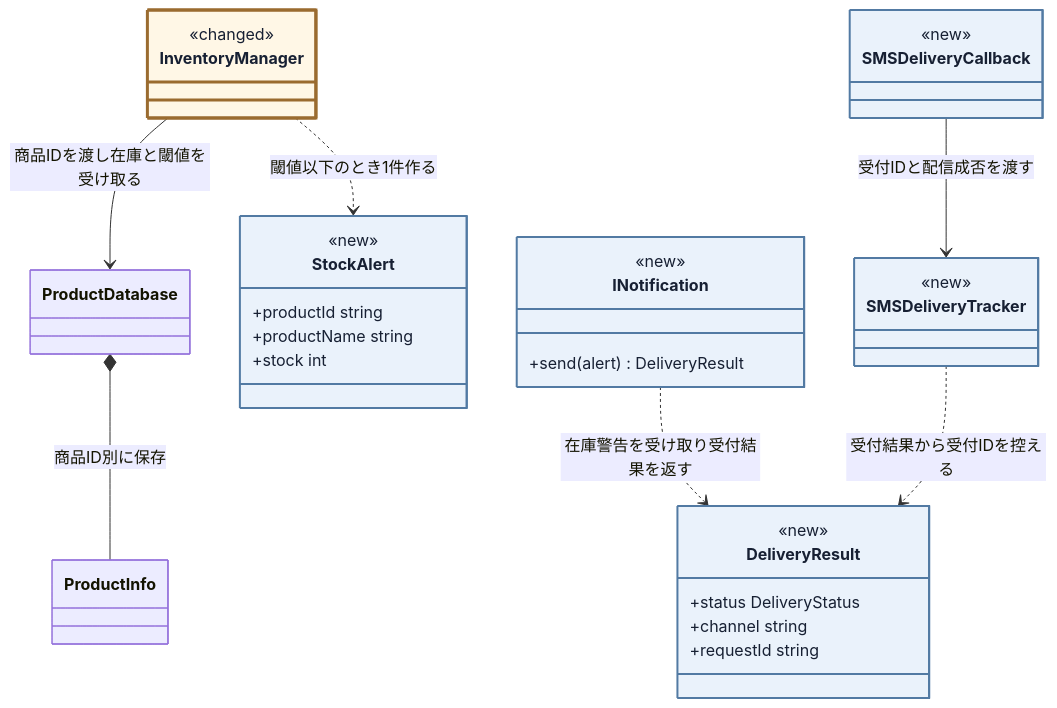
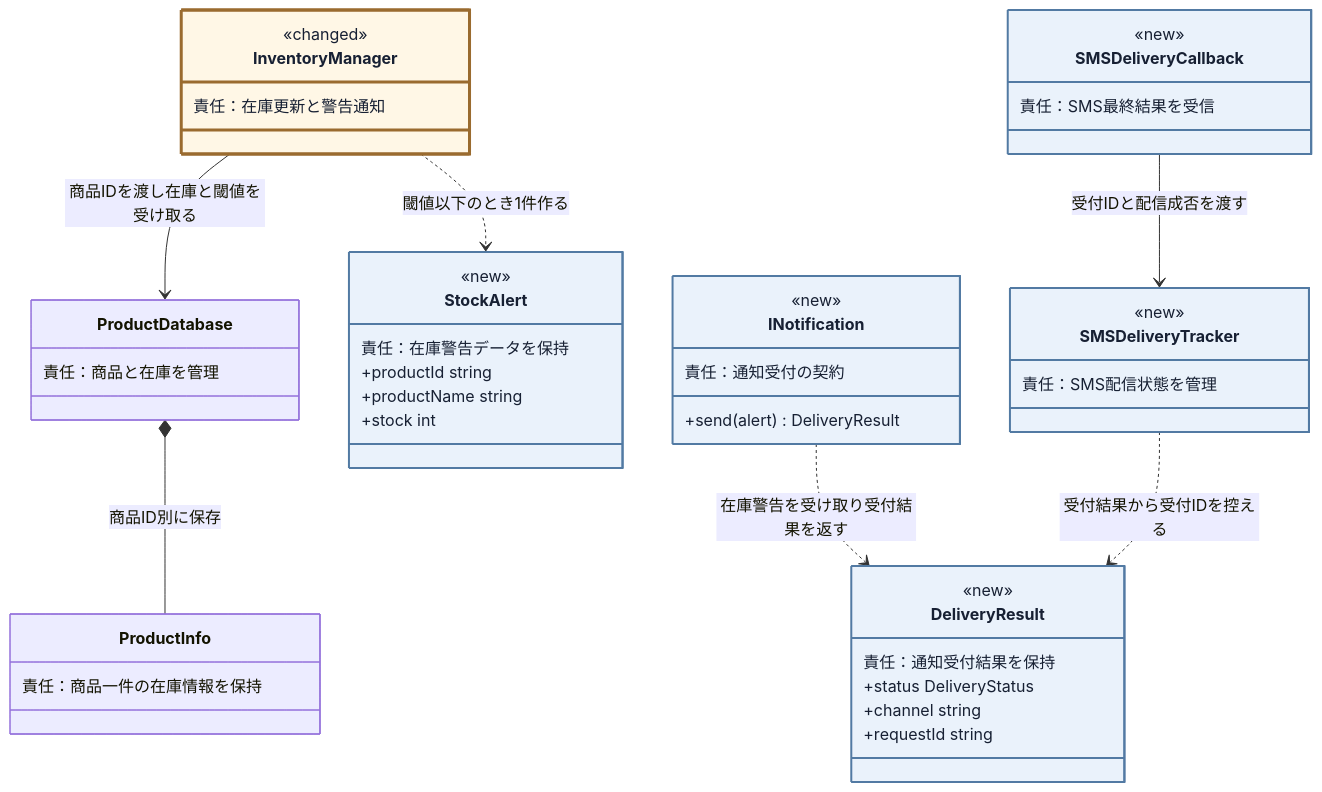
Diagram 16 of 21 in kindle/design-patterns/books/volume01-core-patterns/output/05-chapter03.md (kumachan1101-pixel/DesignPattern), drawn with Mermaid before and after one commit. The commit also changed other lines of this file and 12 other files, not shown here.

````diff
--- a/kindle/design-patterns/books/volume01-core-patterns/output/05-chapter03.md
+++ b/kindle/design-patterns/books/volume01-core-patterns/output/05-chapter03.md
@@ -2031,41 +2040,51 @@
 ```mermaid
 classDiagram
     direction TB
     class InventoryManager:::touched {
         <<changed>>
+        責任：在庫更新と警告通知
     }
-    class ProductDatabase
-    class ProductInfo
+    class ProductDatabase {
+        責任：商品と在庫を管理
+    }
+    class ProductInfo {
+        責任：商品一件の在庫情報を保持
+    }
     class StockAlert:::added {
         <<new>>
+        責任：在庫警告データを保持
         +productId string
         +productName string
         +stock int
     }
     class INotification:::added {
         <<new>>
         <<interface>>
+        責任：通知受付の契約
         +send(alert) DeliveryResult
     }
     class DeliveryResult:::added {
         <<new>>
+        責任：通知受付結果を保持
         +status DeliveryStatus
         +channel string
         +requestId string
     }
     class SMSDeliveryTracker:::added {
         <<new>>
+        責任：SMS配信状態を管理
     }
     class SMSDeliveryCallback:::added {
         <<new>>
+        責任：SMS最終結果を受信
     }
     InventoryManager --> ProductDatabase : 商品IDを渡し在庫と閾値を受け取る
     ProductDatabase *-- ProductInfo : 商品ID別に保存
     InventoryManager ..> StockAlert : 閾値以下のとき1件作る
     INotification ..> DeliveryResult : 在庫警告を受け取り受付結果を返す
     SMSDeliveryTracker ..> DeliveryResult : 受付結果から受付IDを控える
     SMSDeliveryCallback --> SMSDeliveryTracker : 受付IDと配信成否を渡す
 
     classDef added fill:#eaf2fb,stroke:#527aa3,stroke-width:2px,color:#172033;
     classDef touched fill:#fff7e6,stroke:#9a6b2f,stroke-width:3px,color:#172033;
 ```
````
